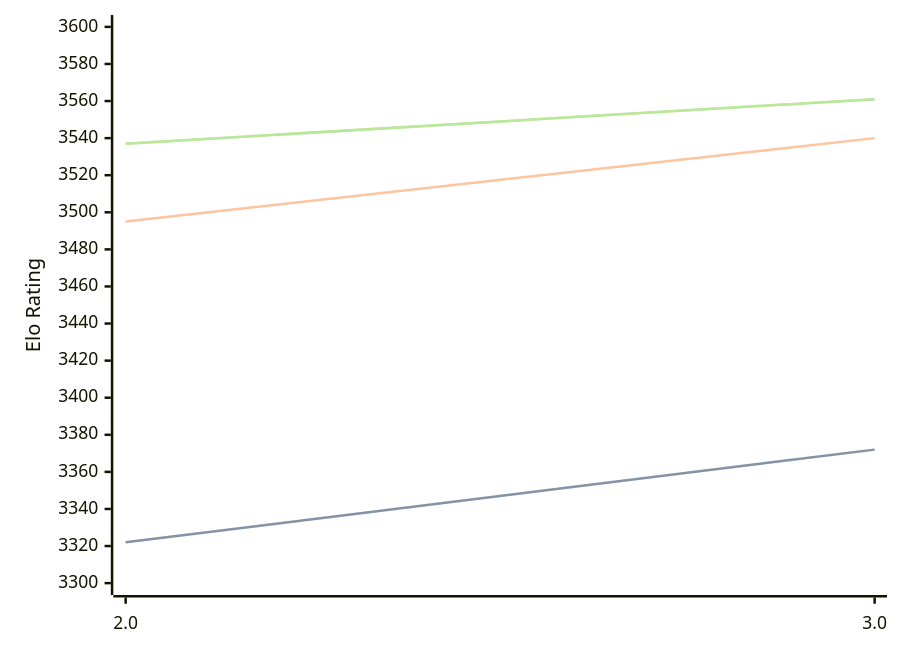
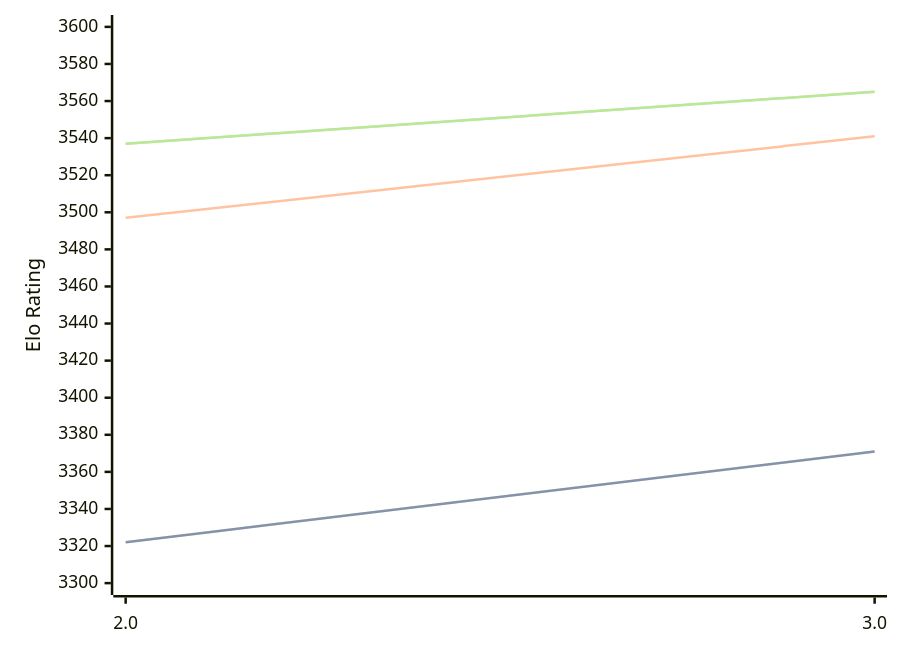
Before and after one commit to computer-chess-index/cci: the diagram in engines/Quanticade.md, drawn with Mermaid. The commit also changed other lines of this file, not shown here.

Commit message:
Update CCI Ratings (ELO VLTC) - 2026-04-07

````diff
--- a/engines/Quanticade.md
+++ b/engines/Quanticade.md
@@ -41,11 +41,11 @@
 ```mermaid
 %%{init: {"theme":"base","themeVariables":{"seriesColors:['#a3a3a3','#222221','#faa371']}}}%%
 xychart-beta
   x-axis ["2.0", "3.0"]
   y-axis "Elo Rating" 3300 --> 3600
-  line "STC (8.0+0.08s)" [3322, 3372]
-  line "STC (8.0+0.08s)" [3322, 3372]
-  line "LTC (60.0+0.60s)" [3495, 3540]
-  line "VLTC (2m24s+1.12s)" [3537, 3561]
-  line "VLTC (2m24s+1.12s)" [3537, 3561]
+  line "STC (8.0+0.08s)" [3322, 3371]
+  line "STC (8.0+0.08s)" [3322, 3371]
+  line "LTC (60.0+0.60s)" [3497, 3541]
+  line "VLTC (2m24s+1.12s)" [3537, 3565]
+  line "VLTC (2m24s+1.12s)" [3537, 3565]
 ```
````
